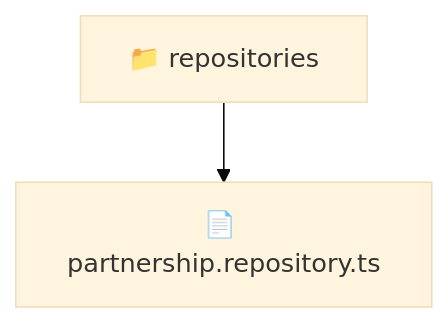
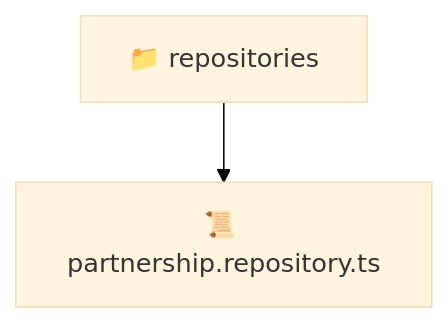
One commit to beginwebdev2002/fullstack-mavluda changed the diagram in backend/src/modules/partnership/infrastructure/repositories/README.md. Above: the diagram before and after it, drawn with Mermaid (base theme). The commit also changed other lines of this file and 163 other files, not shown here.

````diff
--- a/backend/src/modules/partnership/infrastructure/repositories/README.md
+++ b/backend/src/modules/partnership/infrastructure/repositories/README.md
@@ -9,5 +9,5 @@
 ```mermaid
 graph TD
-  Root["📁 repositories"]
-  Root --> partnership_repository_ts["📄 partnership.repository.ts"]
+  repositories["📁 repositories"]
+  repositories --> partnership_repository_ts["📜 partnership.repository.ts"]
 ```
````
